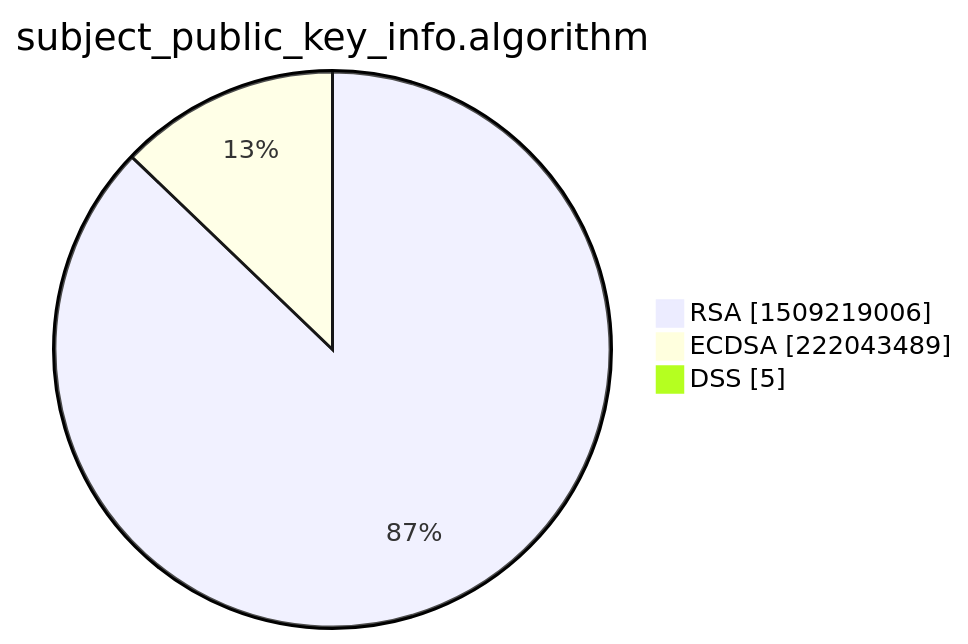
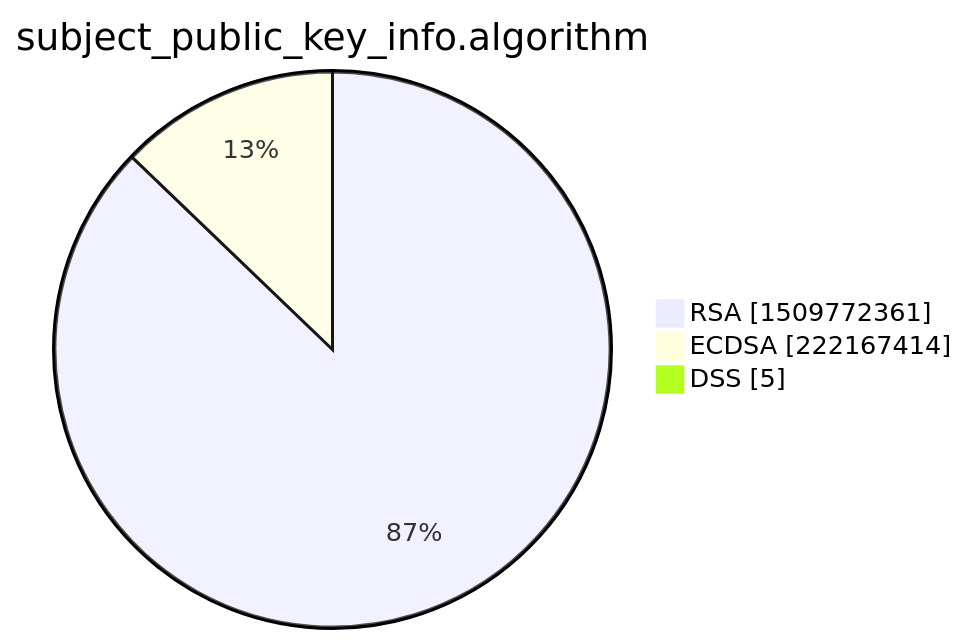
One commit to christiankrug/ctmonitor_visualization changed the third of 15 diagrams in xenon2022/README.md. Above: the diagram before and after it, drawn with Mermaid. The commit also changed other lines of this file, not shown here.

````diff
--- a/xenon2022/README.md
+++ b/xenon2022/README.md
@@ -14,7 +14,7 @@
 ```mermaid
 pie showData
 title subject_public_key_info.algorithm
-"RSA" :1509219006
-"ECDSA" :222043489
+"RSA" :1509772361
+"ECDSA" :222167414
 "DSS" :5
 ```
````
